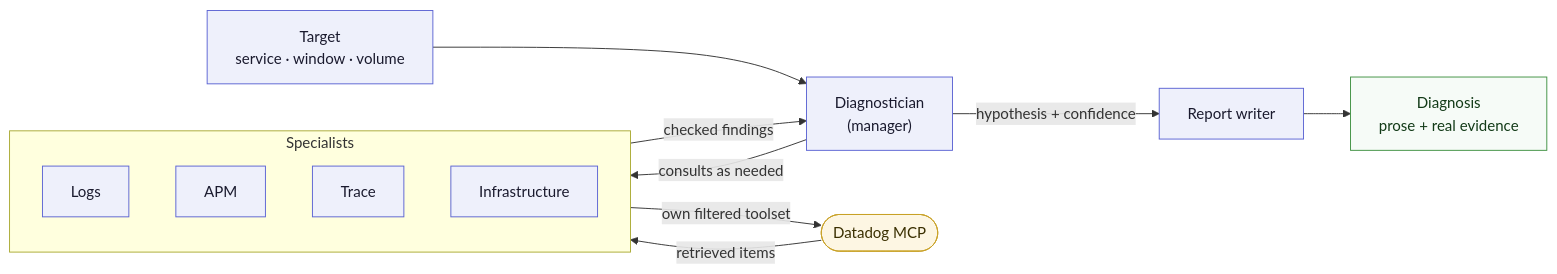
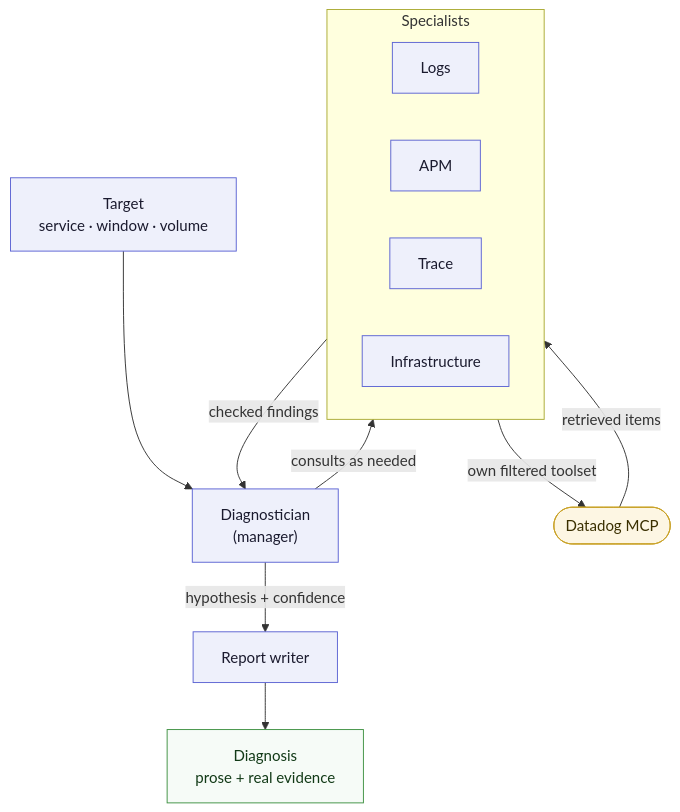
One commit to EduardoFLima/alert-triage changed the second of 2 diagrams in README.md. Above: the diagram before and after it, drawn with Mermaid.

Commit message:
Edu | :pencil2: | update flowchart direction in investigation process
- changed flowchart layout from LR to TB for better readability

````diff
--- a/README.md
+++ b/README.md
@@ -39,26 +39,26 @@
 ```mermaid
-flowchart LR
+flowchart TB
     target["Target<br/>service · window · volume"] --> diag["Diagnostician<br/>(manager)"]
 
     subgraph crew["Specialists"]
         logs["Logs"]
         apm["APM"]
         trace["Trace"]
         infra["Infrastructure"]
     end
 
     diag -- "consults as needed" --> crew
     crew -- "own filtered toolset" --> mcp(["Datadog MCP"])
     mcp -- "retrieved items" --> crew
     crew -- "checked findings" --> diag
     diag -- "hypothesis + confidence" --> writer["Report writer"]
     writer --> diagnosis["Diagnosis<br/>prose + real evidence"]
 
     classDef step fill:#eef0fb,stroke:#5b63d3,color:#1a1a2e
     classDef ext fill:#fdf6e3,stroke:#c9a227,color:#3a2f00
     classDef done fill:#f6fbf7,stroke:#3f9142,color:#123a17
 
     class target,diag,logs,apm,trace,infra,writer step
     class mcp ext
     class diagnosis done
 ```
````
